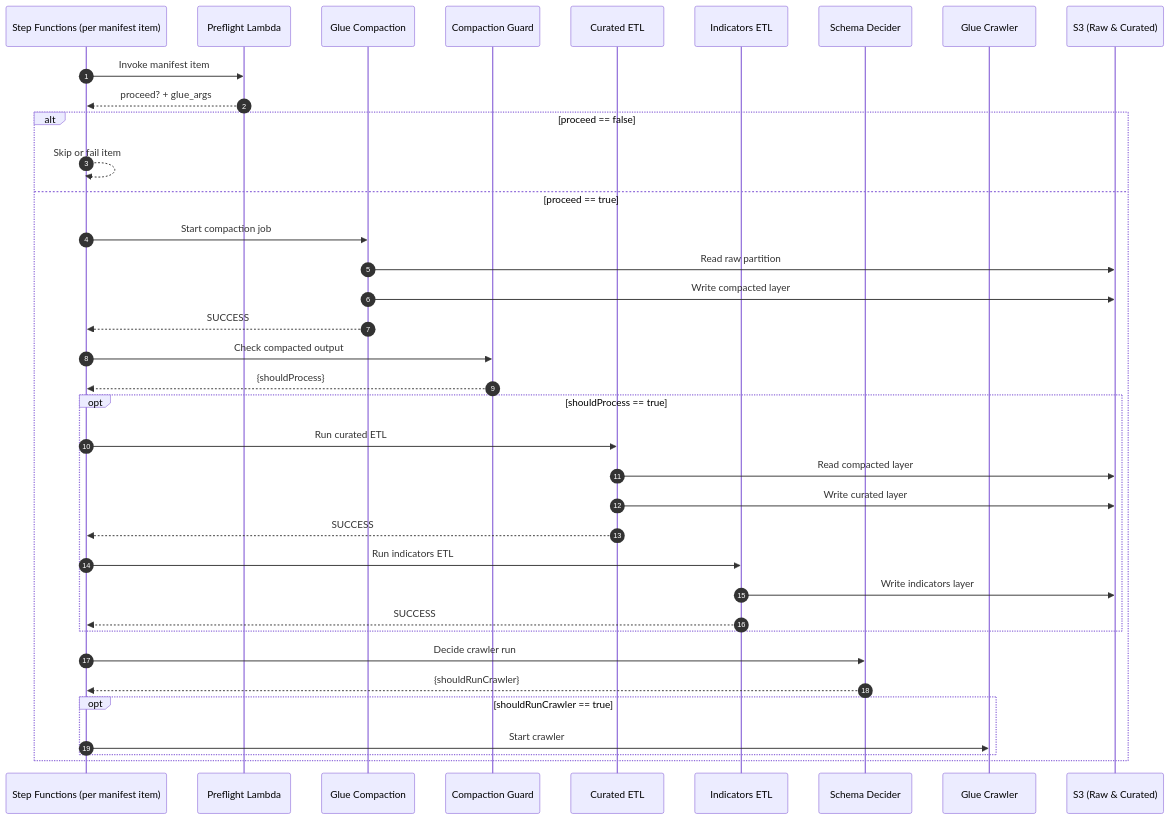
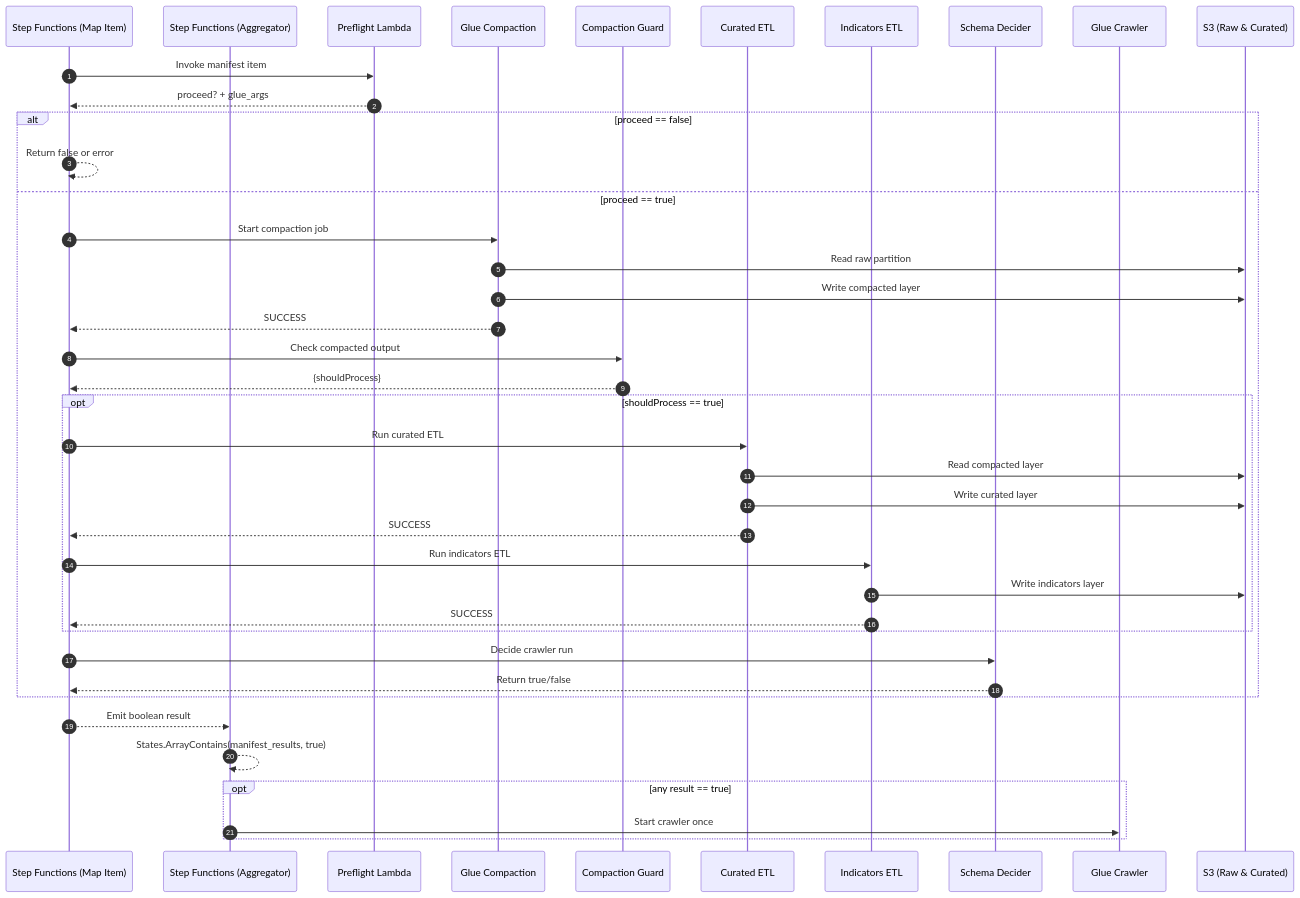
The diagram in docs/diagrams/transform/03-sequence.md (keemgdeok/fin-forge-pipeline), drawn with Mermaid before and after one commit. The commit also changed 11 other files, not shown here.

Commit message:
docs:  refresh transform workflow diagrams

````diff
--- a/docs/diagrams/transform/03-sequence.md
+++ b/docs/diagrams/transform/03-sequence.md
@@ -1,40 +1,43 @@
 ```mermaid
 sequenceDiagram
   autonumber
-  participant SF as Step Functions (per manifest item)
+  participant SF as Step Functions (Map Item)
+  participant AGG as Step Functions (Aggregator)
   participant PRE as Preflight Lambda
   participant COMP as Glue Compaction
   participant GUARD as Compaction Guard
   participant ETL as Curated ETL
   participant IND as Indicators ETL
   participant DEC as Schema Decider
   participant CR as Glue Crawler
   participant S3 as S3 (Raw & Curated)
 
   SF->>PRE: Invoke manifest item
   PRE-->>SF: proceed? + glue_args
   alt proceed == false
-    SF-->>SF: Skip or fail item
+    SF-->>SF: Return false or error
   else proceed == true
     SF->>COMP: Start compaction job
     COMP->>S3: Read raw partition
     COMP->>S3: Write compacted layer
     COMP-->>SF: SUCCESS
     SF->>GUARD: Check compacted output
     GUARD-->>SF: {shouldProcess}
     opt shouldProcess == true
       SF->>ETL: Run curated ETL
       ETL->>S3: Read compacted layer
       ETL->>S3: Write curated layer
       ETL-->>SF: SUCCESS
       SF->>IND: Run indicators ETL
       IND->>S3: Write indicators layer
       IND-->>SF: SUCCESS
     end
     SF->>DEC: Decide crawler run
-    DEC-->>SF: {shouldRunCrawler}
-    opt shouldRunCrawler == true
-      SF->>CR: Start crawler
-    end
+    DEC-->>SF: Return true/false
+  end
+  SF-->>AGG: Emit boolean result
+  AGG-->>AGG: States.ArrayContains(manifest_results, true)
+  opt any result == true
+    AGG->>CR: Start crawler once
   end
 ```
````
